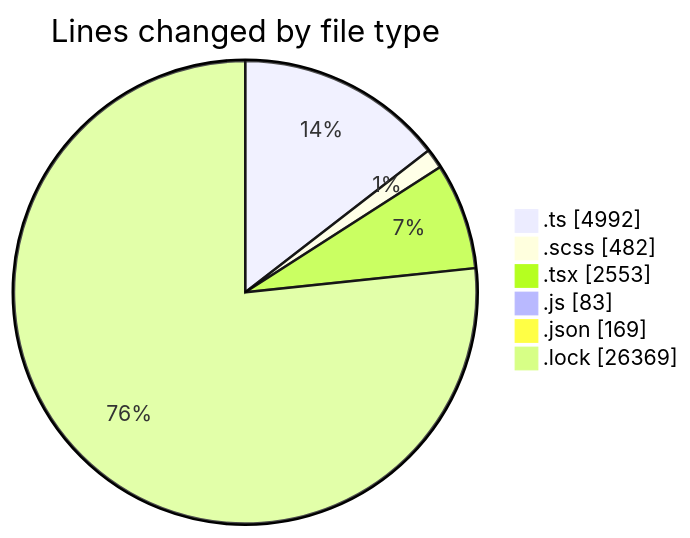
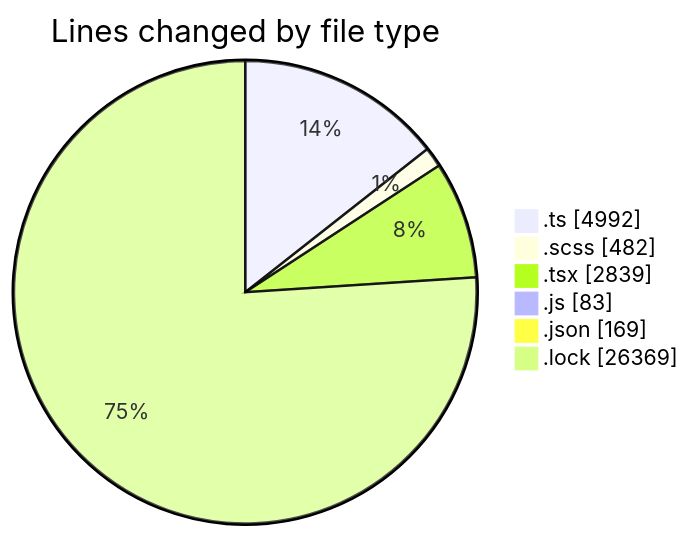
One commit to momahboobian/code-tracking changed the first of 2 diagrams in 2025-09-12/cda/README.md. Above: the diagram before and after it, drawn with Mermaid. The commit also changed other lines of this file and 1 other file, not shown here.

````diff
--- a/2025-09-12/cda/README.md
+++ b/2025-09-12/cda/README.md
@@ -34,10 +35,10 @@
 ```mermaid
 pie showData
 title Lines changed by file type
 ".ts" : 4992
 ".scss" : 482
-".tsx" : 2553
+".tsx" : 2839
 ".js" : 83
 ".json" : 169
 ".lock" : 26369
 ```
````
